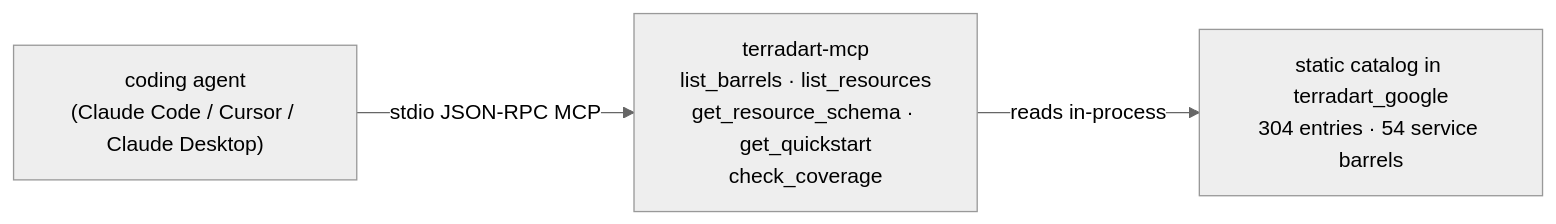
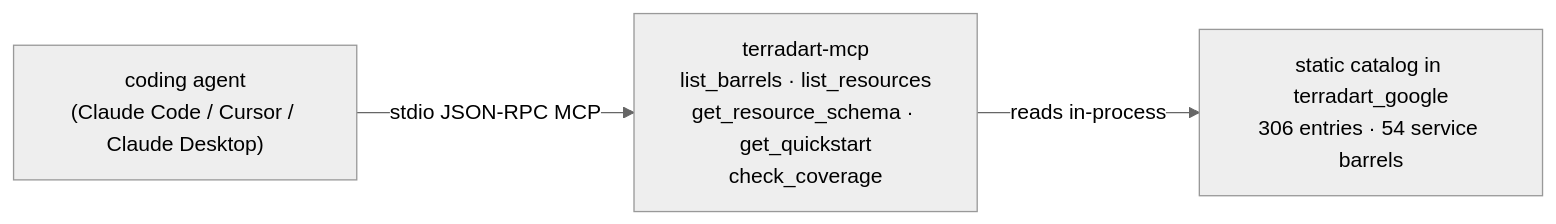
Before and after one commit to nozomi-koborinai/terradart: the diagram in website/src/content/docs/docs/agent/index.md, drawn with Mermaid (neutral theme). The commit also changed other lines of this file and 23 other files, not shown here.

````diff
--- a/website/src/content/docs/docs/agent/index.md
+++ b/website/src/content/docs/docs/agent/index.md
@@ -12,8 +12,8 @@
 ```mermaid
 graph LR
   agent["coding agent<br/>(Claude Code / Cursor / Claude Desktop)"]
   mcp["terradart-mcp<br/>list_barrels · list_resources<br/>get_resource_schema · get_quickstart<br/>check_coverage"]
-  catalog["static catalog in terradart_google<br/>304 entries · 54 service barrels"]
+  catalog["static catalog in terradart_google<br/>306 entries · 54 service barrels"]
   agent -->|stdio JSON-RPC MCP| mcp
   mcp -->|reads in-process| catalog
 ```
````
